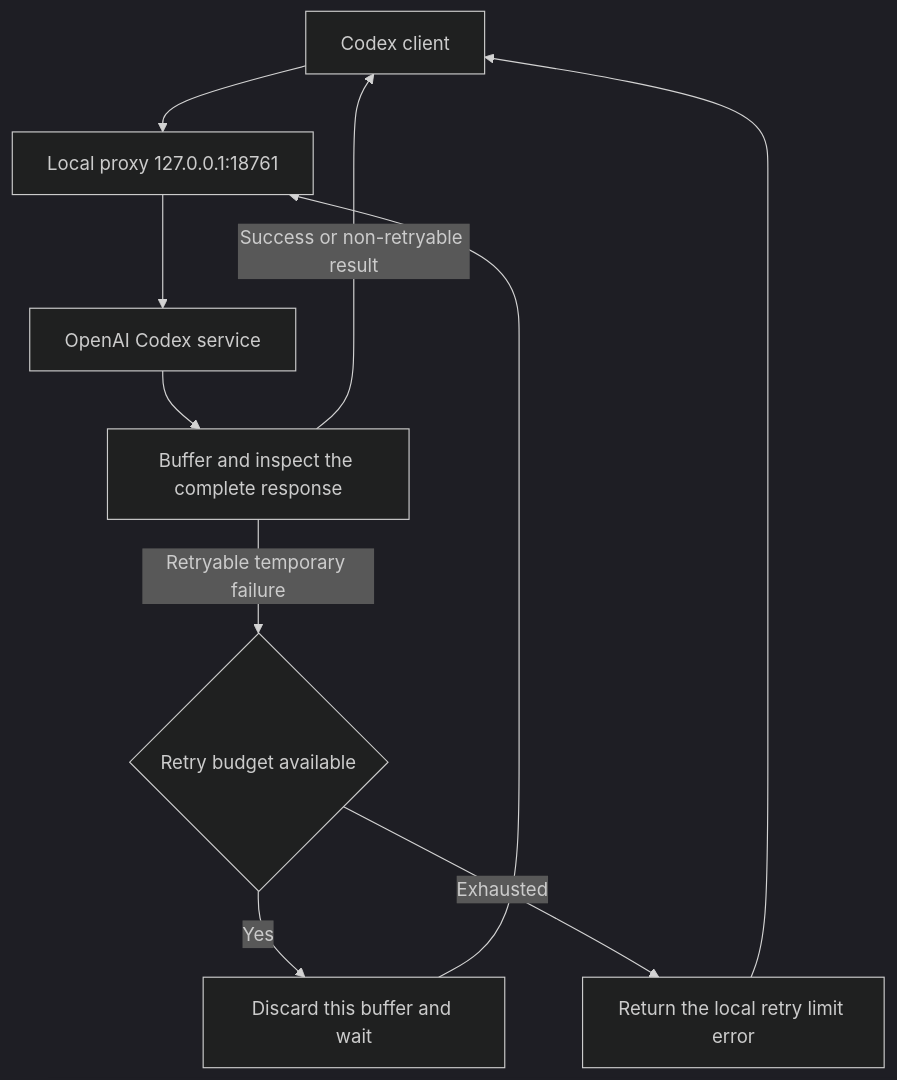
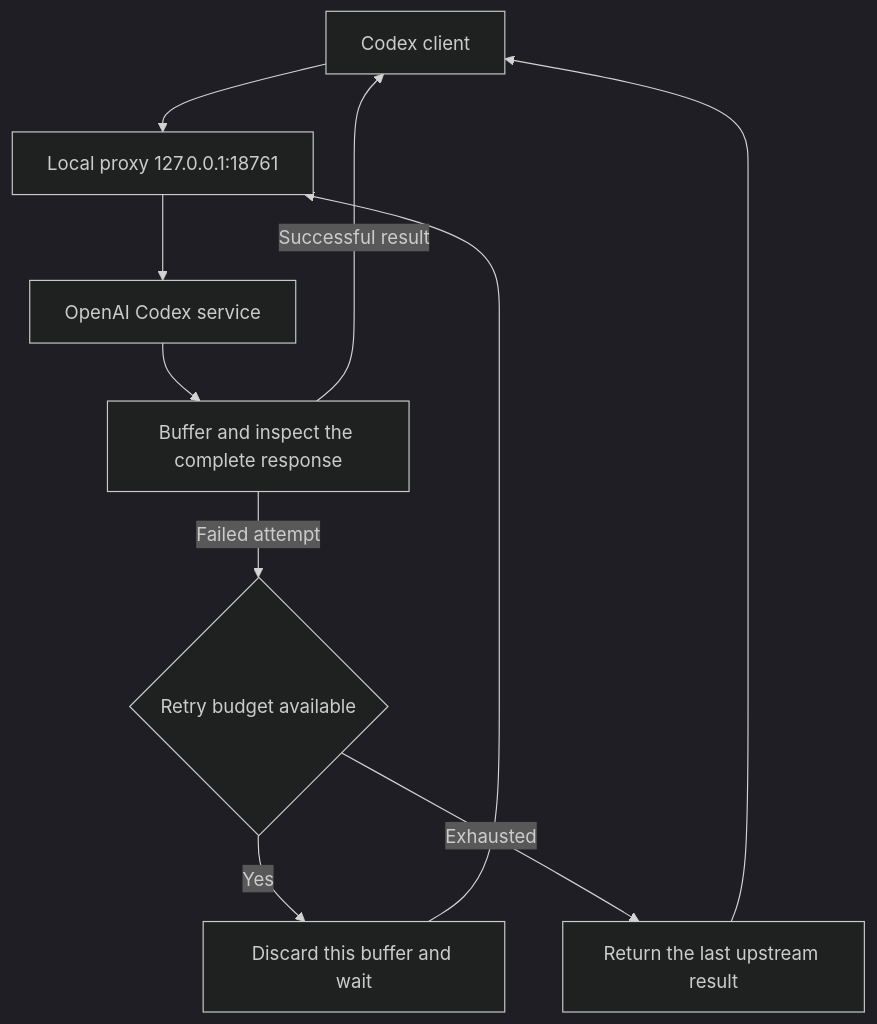
Before and after one commit to shenmuegit/codex-transient-retry: the diagram in README.md, drawn with Mermaid (dark theme). The commit also changed other lines of this file and 14 other files, not shown here.

````diff
--- a/README.md
+++ b/README.md
@@ -99,12 +99,12 @@
 ```mermaid
 flowchart TD
     C[Codex client] --> P[Local proxy 127.0.0.1:18761]
     P --> U[OpenAI Codex service]
     U --> B[Buffer and inspect the complete response]
-    B -->|Success or non-retryable result| C
-    B -->|Retryable temporary failure| R{Retry budget available}
+    B -->|Successful result| C
+    B -->|Failed attempt| R{Retry budget available}
     R -->|Yes| W[Discard this buffer and wait]
     W --> P
-    R -->|Exhausted| E[Return the local retry limit error]
+    R -->|Exhausted| E[Return the last upstream result]
     E --> C
 ```
````
